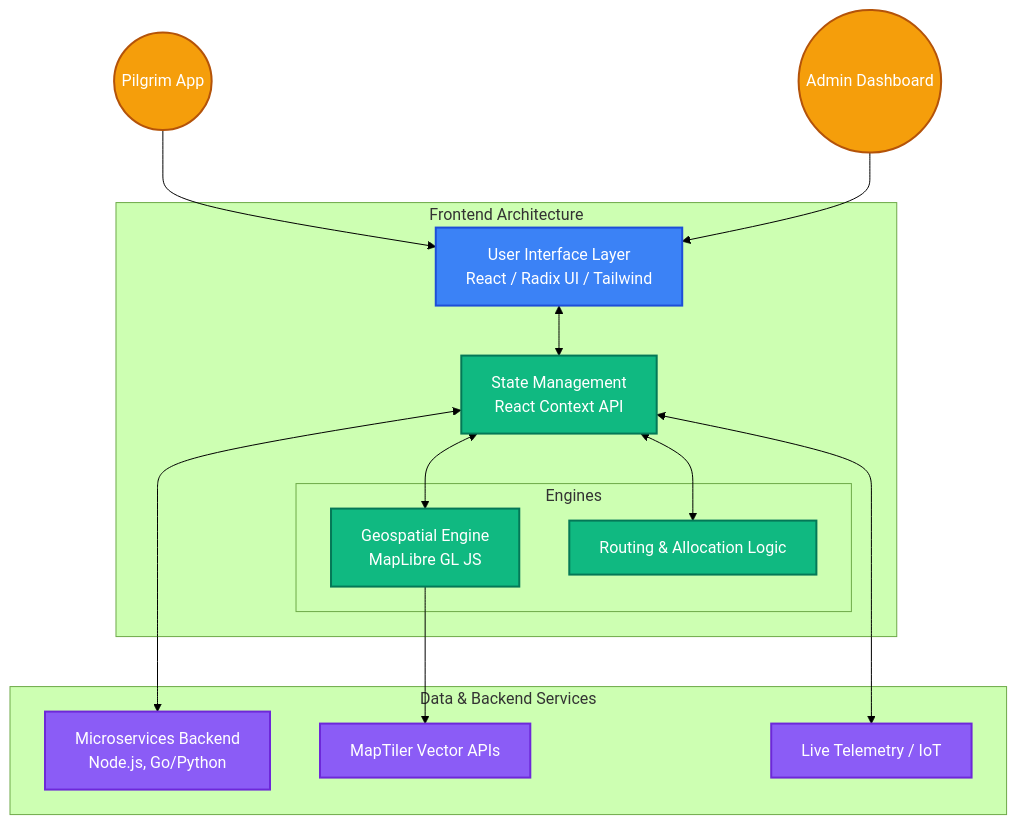
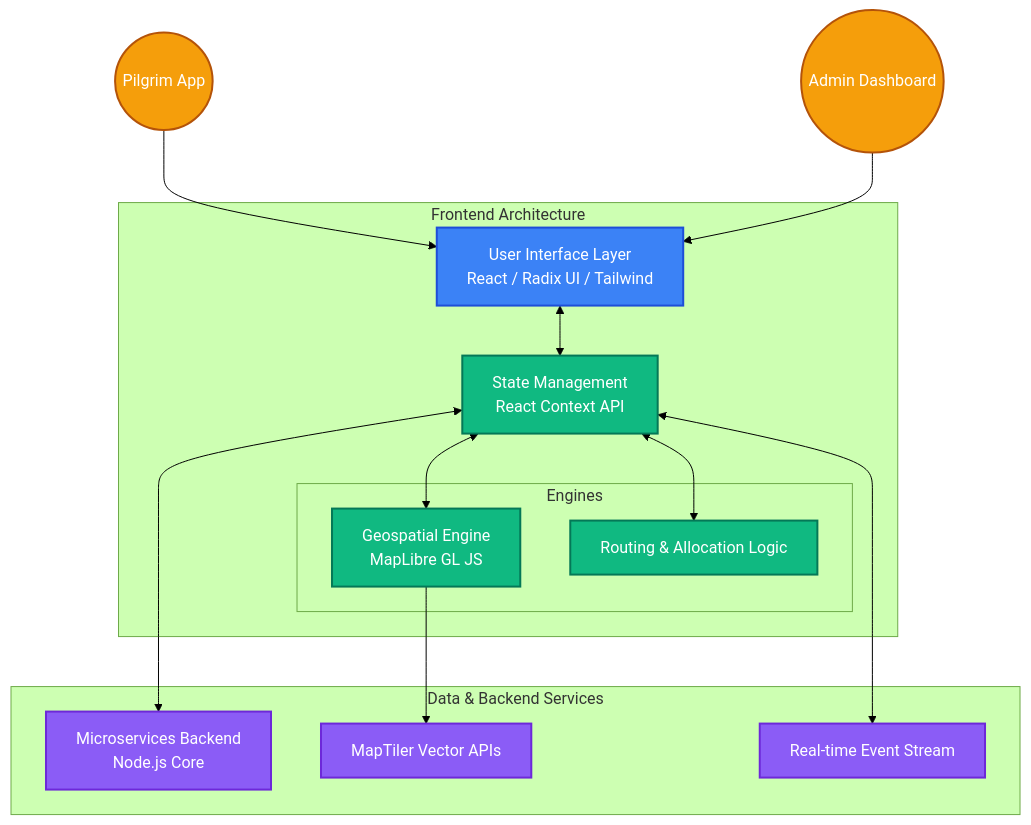
Before and after one commit to KesavamurthyT/KumbhYatra-Intelligent-Crowd-Monitoring-Decision-Support-Platform: the diagram in README.md, drawn with Mermaid (forest theme). The commit also changed other lines of this file, not shown here.

Commit message:
docs: analyze and update architecture diagram

````diff
--- a/README.md
+++ b/README.md
@@ -39,39 +39,39 @@
 ```mermaid
 graph TD
     %% Styling
     classDef ui fill:#3b82f6,stroke:#1d4ed8,stroke-width:2px,color:#fff
     classDef core fill:#10b981,stroke:#047857,stroke-width:2px,color:#fff
     classDef ext fill:#8b5cf6,stroke:#6d28d9,stroke-width:2px,color:#fff
     classDef users fill:#f59e0b,stroke:#b45309,stroke-width:2px,color:#fff
 
     Pilgrim((Pilgrim App)):::users
     Admin((Admin Dashboard)):::users
 
     subgraph "Frontend Architecture"
         UI["User Interface Layer<br/>React / Radix UI / Tailwind"]:::ui
         
         State["State Management<br/>React Context API"]:::core
         
         subgraph "Engines"
             Geo["Geospatial Engine<br/>MapLibre GL JS"]:::core
             Heuristic["Routing & Allocation Logic"]:::core
         end
     end
 
     subgraph "Data & Backend Services"
-        Services["Microservices Backend<br/>Node.js, Go/Python"]:::ext
+        Services["Microservices Backend<br/>Node.js Core"]:::ext
         MapAPI["MapTiler Vector APIs"]:::ext
-        Telemetry["Live Telemetry / IoT"]:::ext
+        Telemetry["Real-time Event Stream"]:::ext
     end
 
     Pilgrim --> UI
     Admin --> UI
     
     UI <--> State
     State <--> Geo
     State <--> Heuristic
     
     Geo --> MapAPI
     State <--> Services
     State <--> Telemetry
 ```
````
